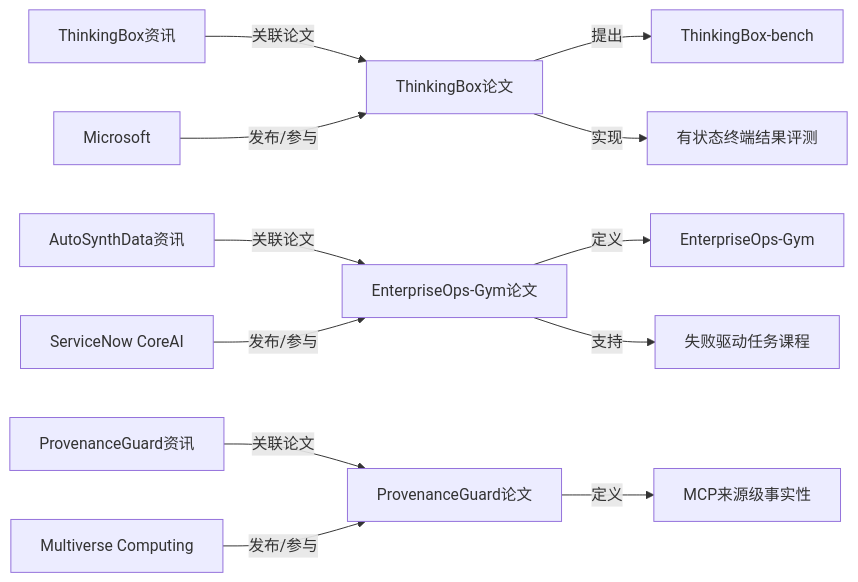
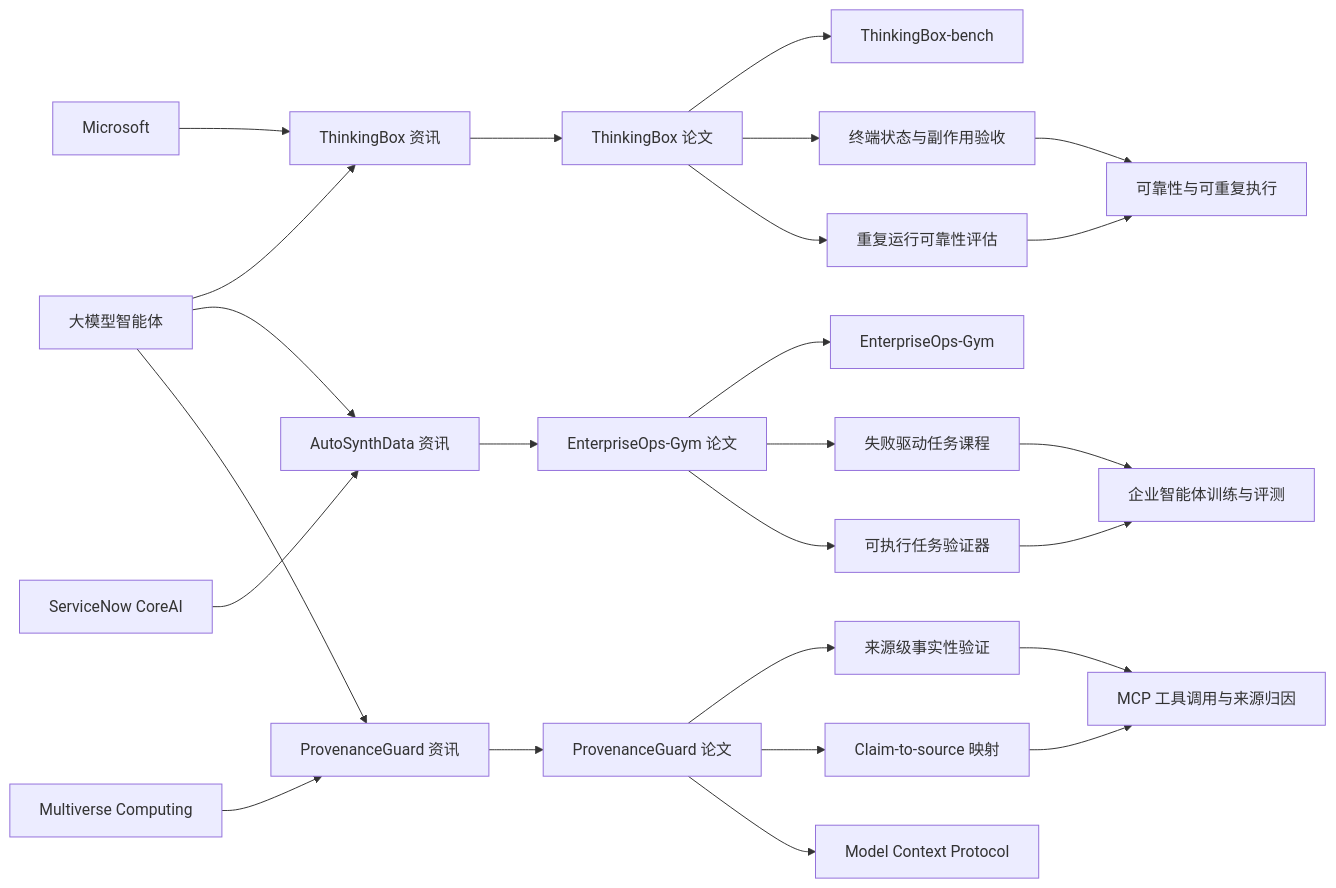
The diagram in llm_agent_news/knowledge_graph/graph.mmd (SakuraDanceMoo/llm-agent-news), drawn with Mermaid before and after one commit. The commit also changed 9 other files, not shown here.

Commit message:
Build linked knowledge graph and update it on every digest

```diff
--- a/llm_agent_news/knowledge_graph/graph.mmd
+++ b/llm_agent_news/knowledge_graph/graph.mmd
@@ -1,12 +1,26 @@
 flowchart LR
-  N1[ThinkingBox资讯] -->|关联论文| P1[ThinkingBox论文]
-  P1 -->|提出| B1[ThinkingBox-bench]
-  P1 -->|实现| C1[有状态终端结果评测]
-  N2[AutoSynthData资讯] -->|关联论文| P2[EnterpriseOps-Gym论文]
-  P2 -->|定义| B2[EnterpriseOps-Gym]
-  P2 -->|支持| C2[失败驱动任务课程]
-  N3[ProvenanceGuard资讯] -->|关联论文| P3[ProvenanceGuard论文]
-  P3 -->|定义| C3[MCP来源级事实性]
-  Org1[Microsoft] -->|发布/参与| P1
-  Org2[ServiceNow CoreAI] -->|发布/参与| P2
-  Org3[Multiverse Computing] -->|发布/参与| P3
+  T[大模型智能体]
+  N1[ThinkingBox 资讯] --> P1[ThinkingBox 论文]
+  N2[AutoSynthData 资讯] --> P2[EnterpriseOps-Gym 论文]
+  N3[ProvenanceGuard 资讯] --> P3[ProvenanceGuard 论文]
+  T --> N1
+  T --> N2
+  T --> N3
+  P1 --> B1[ThinkingBox-bench]
+  P1 --> M1[终端状态与副作用验收]
+  P1 --> M2[重复运行可靠性评估]
+  P2 --> B2[EnterpriseOps-Gym]
+  P2 --> M3[失败驱动任务课程]
+  P2 --> M4[可执行任务验证器]
+  P3 --> M5[来源级事实性验证]
+  P3 --> M6[Claim-to-source 映射]
+  P3 --> MCP[Model Context Protocol]
+  M1 --> R[可靠性与可重复执行]
+  M2 --> R
+  M3 --> E[企业智能体训练与评测]
+  M4 --> E
+  M5 --> G[MCP 工具调用与来源归因]
+  M6 --> G
+  Microsoft[Microsoft] --> N1
+  ServiceNow[ServiceNow CoreAI] --> N2
+  Multiverse[Multiverse Computing] --> N3
```
